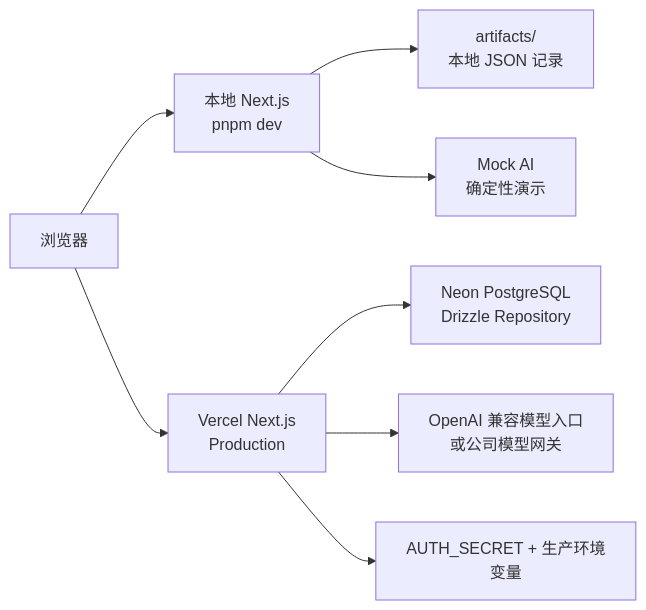
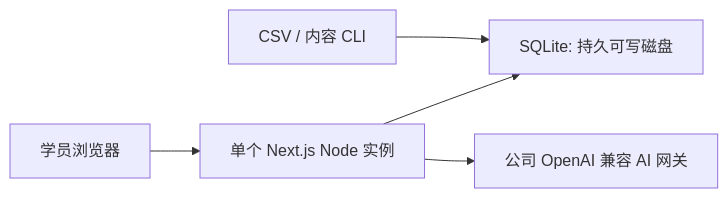
Before and after one commit to JzzzX/ai-customer-service-training: the diagram in README.md, drawn with Mermaid. The commit also changed other lines of this file and 8 other files, not shown here.

````diff
--- a/README.md
+++ b/README.md
@@ -291,10 +9,7 @@
 ```mermaid
 flowchart LR
-  Browser["浏览器"] --> LocalApp["本地 Next.js<br/>pnpm dev"]
-  Browser --> Vercel["Vercel Next.js<br/>Production"]
-  LocalApp --> LocalFiles["artifacts/<br/>本地 JSON 记录"]
-  LocalApp --> MockAI["Mock AI<br/>确定性演示"]
-  Vercel --> Neon["Neon PostgreSQL<br/>Drizzle Repository"]
-  Vercel --> ModelGateway["OpenAI 兼容模型入口<br/>或公司模型网关"]
-  Vercel --> AuthSecret["AUTH_SECRET + 生产环境变量"]
+  CLI["CSV / 内容 CLI"] --> SQLite["SQLite: 持久可写磁盘"]
+  Learner["学员浏览器"] --> Next["单个 Next.js Node 实例"]
+  Next --> SQLite
+  Next --> Gateway["公司 OpenAI 兼容 AI 网关"]
 ```
````
